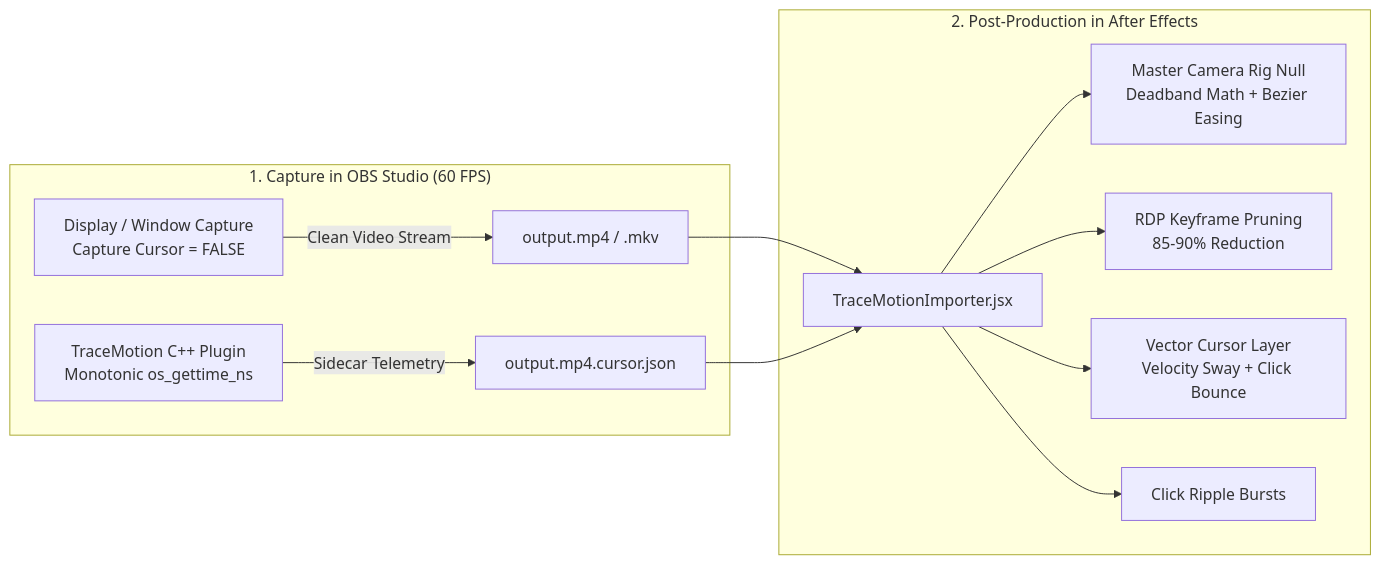
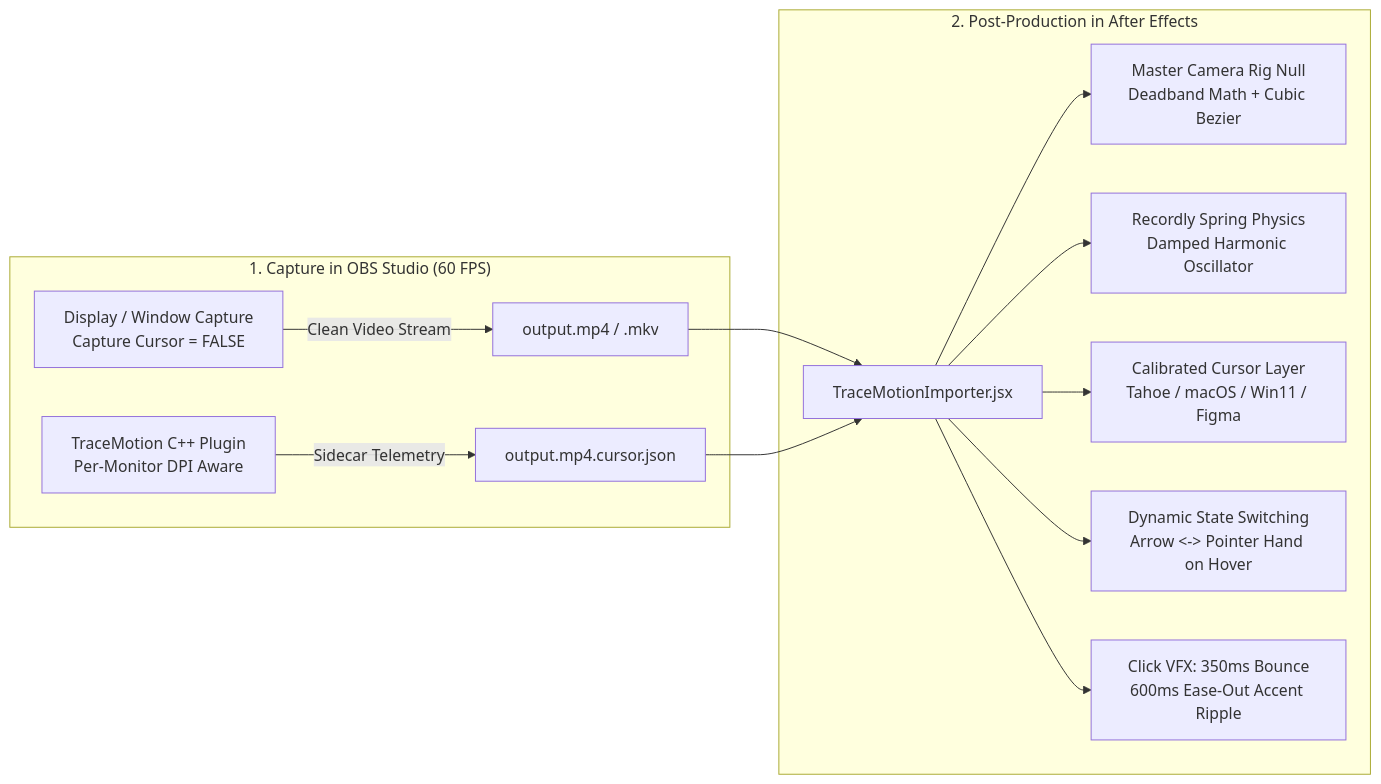
Before and after one commit to Istiyaq-Khan/TraceMotion: the diagram in README.md, drawn with Mermaid. The commit also changed other lines of this file and 232 other files, not shown here.

First line of the commit message:
feat(core): align mouse telemetry & cursor rig with Recordly architecture

````diff
--- a/README.md
+++ b/README.md
@@ -20,15 +20,16 @@
 ```mermaid
 flowchart LR
     subgraph OBS["1. Capture in OBS Studio (60 FPS)"]
         A[Display / Window Capture\nCapture Cursor = FALSE] -->|Clean Video Stream| V[output.mp4 / .mkv]
-        B[TraceMotion C++ Plugin\nMonotonic os_gettime_ns] -->|Sidecar Telemetry| T[output.mp4.cursor.json]
+        B[TraceMotion C++ Plugin\nPer-Monitor DPI Aware] -->|Sidecar Telemetry| T[output.mp4.cursor.json]
     end
 
     subgraph AE["2. Post-Production in After Effects"]
         V & T --> I[TraceMotionImporter.jsx]
-        I --> C[Master Camera Rig Null\nDeadband Math + Bezier Easing]
-        I --> R[RDP Keyframe Pruning\n85-90% Reduction]
-        I --> S[Vector Cursor Layer\nVelocity Sway + Click Bounce]
-        I --> W[Click Ripple Bursts]
+        I --> C[Master Camera Rig Null\nDeadband Math + Cubic Bezier]
+        I --> P[Recordly Spring Physics\nDamped Harmonic Oscillator]
+        I --> S[Calibrated Cursor Layer\nTahoe / macOS / Win11 / Figma]
+        I --> D[Dynamic State Switching\nArrow <-> Pointer Hand on Hover]
+        I --> W[Click VFX: 350ms Bounce\n600ms Ease-Out Accent Ripple]
     end
 ```
````
